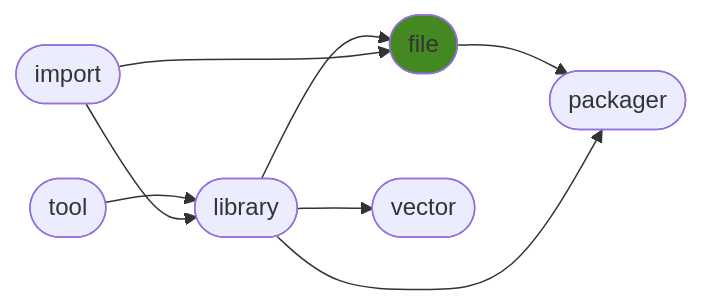
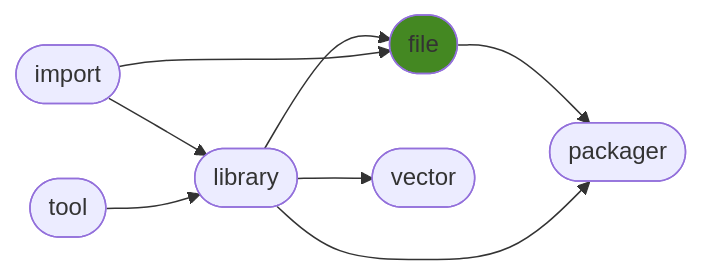
Before and after one commit to ManderaGeneral/generalfile: the diagram in README.md, drawn with Mermaid. The commit also changed other lines of this file, not shown here.

````diff
--- a/README.md
+++ b/README.md
@@ -24,17 +24,17 @@
 ```mermaid
 flowchart LR
 3([file]) --> 5([packager])
+0([import]) --> 2([library])
+2([library]) --> 3([file])
+2([library]) --> 5([packager])
+2([library]) --> 4([vector])
+0([import]) --> 3([file])
 1([tool]) --> 2([library])
-0([import]) --> 2([library])
-2([library]) --> 5([packager])
-2([library]) --> 3([file])
-0([import]) --> 3([file])
-2([library]) --> 4([vector])
 click 0 "https://github.com/ManderaGeneral/generalimport"
 click 1 "https://github.com/ManderaGeneral/generaltool"
 click 2 "https://github.com/ManderaGeneral/generallibrary"
 click 3 "https://github.com/ManderaGeneral/generalfile"
 click 4 "https://github.com/ManderaGeneral/generalvector"
 click 5 "https://github.com/ManderaGeneral/generalpackager"
 style 3 fill:#482
 ```
````
